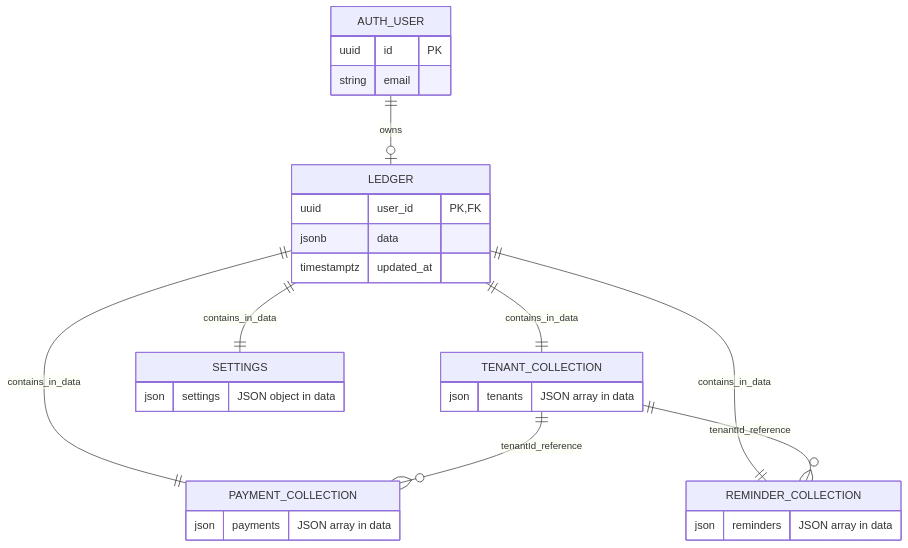
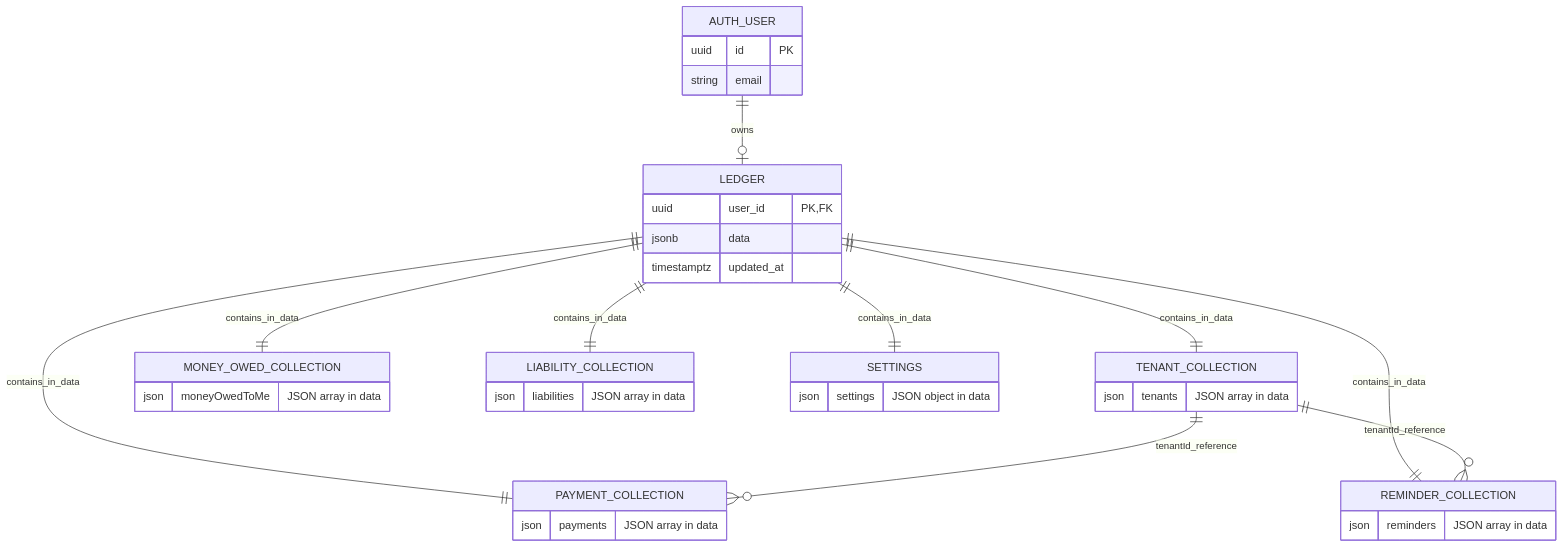
One commit to vkgbth/Rent-Ledger changed the diagram in docs/database.md. Above: the diagram before and after it, drawn with Mermaid. The commit also changed other lines of this file and 5 other files, not shown here.

````diff
--- a/docs/database.md
+++ b/docs/database.md
@@ -5,39 +5,49 @@
 ```mermaid
 erDiagram
     AUTH_USER ||--o| LEDGER : owns
 
     AUTH_USER {
         uuid id PK
         string email
     }
 
     LEDGER {
         uuid user_id PK, FK
         jsonb data
         timestamptz updated_at
     }
 
     LEDGER ||--|| TENANT_COLLECTION : contains_in_data
     LEDGER ||--|| PAYMENT_COLLECTION : contains_in_data
     LEDGER ||--|| REMINDER_COLLECTION : contains_in_data
+    LEDGER ||--|| MONEY_OWED_COLLECTION : contains_in_data
+    LEDGER ||--|| LIABILITY_COLLECTION : contains_in_data
     LEDGER ||--|| SETTINGS : contains_in_data
 
     TENANT_COLLECTION {
         json tenants "JSON array in data"
     }
 
     PAYMENT_COLLECTION {
         json payments "JSON array in data"
     }
 
     REMINDER_COLLECTION {
         json reminders "JSON array in data"
     }
 
+    MONEY_OWED_COLLECTION {
+        json moneyOwedToMe "JSON array in data"
+    }
+
+    LIABILITY_COLLECTION {
+        json liabilities "JSON array in data"
+    }
+
     SETTINGS {
         json settings "JSON object in data"
     }
 
     TENANT_COLLECTION ||--o{ PAYMENT_COLLECTION : tenantId_reference
     TENANT_COLLECTION ||--o{ REMINDER_COLLECTION : tenantId_reference
 ```
````
